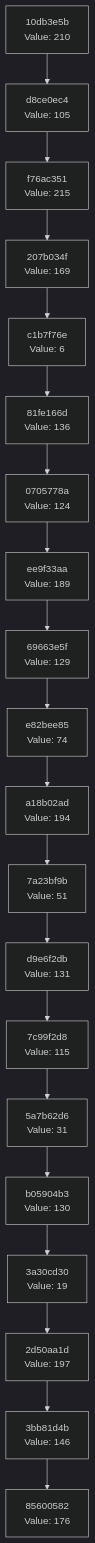
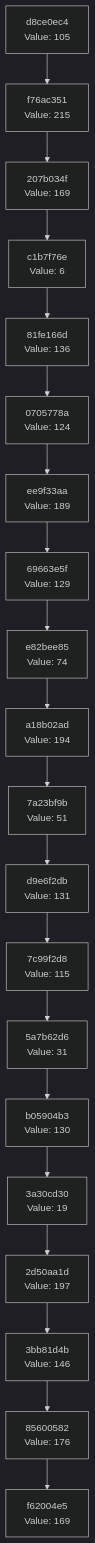
The diagram in docs/CHAIN_VISUALIZATION.md (Abhisheksinha1506/hash-chain-evolver), drawn with Mermaid (dark theme) before and after one commit. The commit also changed 2 other files, not shown here.

Commit message:
Evolution Step

````diff
--- a/docs/CHAIN_VISUALIZATION.md
+++ b/docs/CHAIN_VISUALIZATION.md
@@ -3,42 +3,42 @@
 ```mermaid
 graph TD
-    C0["85600582<br/>Value: 176"]
-    C1["3bb81d4b<br/>Value: 146"]
+    C0["f62004e5<br/>Value: 169"]
+    C1["85600582<br/>Value: 176"]
     C1 --> C0
-    C2["2d50aa1d<br/>Value: 197"]
+    C2["3bb81d4b<br/>Value: 146"]
     C2 --> C1
-    C3["3a30cd30<br/>Value: 19"]
+    C3["2d50aa1d<br/>Value: 197"]
     C3 --> C2
-    C4["b05904b3<br/>Value: 130"]
+    C4["3a30cd30<br/>Value: 19"]
     C4 --> C3
-    C5["5a7b62d6<br/>Value: 31"]
+    C5["b05904b3<br/>Value: 130"]
     C5 --> C4
-    C6["7c99f2d8<br/>Value: 115"]
+    C6["5a7b62d6<br/>Value: 31"]
     C6 --> C5
-    C7["d9e6f2db<br/>Value: 131"]
+    C7["7c99f2d8<br/>Value: 115"]
     C7 --> C6
-    C8["7a23bf9b<br/>Value: 51"]
+    C8["d9e6f2db<br/>Value: 131"]
     C8 --> C7
-    C9["a18b02ad<br/>Value: 194"]
+    C9["7a23bf9b<br/>Value: 51"]
     C9 --> C8
-    C10["e82bee85<br/>Value: 74"]
+    C10["a18b02ad<br/>Value: 194"]
     C10 --> C9
-    C11["69663e5f<br/>Value: 129"]
+    C11["e82bee85<br/>Value: 74"]
     C11 --> C10
-    C12["ee9f33aa<br/>Value: 189"]
+    C12["69663e5f<br/>Value: 129"]
     C12 --> C11
-    C13["0705778a<br/>Value: 124"]
+    C13["ee9f33aa<br/>Value: 189"]
     C13 --> C12
-    C14["81fe166d<br/>Value: 136"]
+    C14["0705778a<br/>Value: 124"]
     C14 --> C13
-    C15["c1b7f76e<br/>Value: 6"]
+    C15["81fe166d<br/>Value: 136"]
     C15 --> C14
-    C16["207b034f<br/>Value: 169"]
+    C16["c1b7f76e<br/>Value: 6"]
     C16 --> C15
-    C17["f76ac351<br/>Value: 215"]
+    C17["207b034f<br/>Value: 169"]
     C17 --> C16
-    C18["d8ce0ec4<br/>Value: 105"]
+    C18["f76ac351<br/>Value: 215"]
     C18 --> C17
-    C19["10db3e5b<br/>Value: 210"]
+    C19["d8ce0ec4<br/>Value: 105"]
     C19 --> C18
 ```
````
